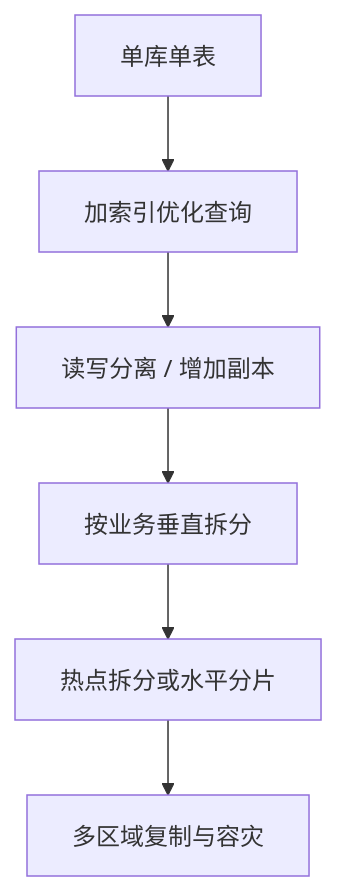
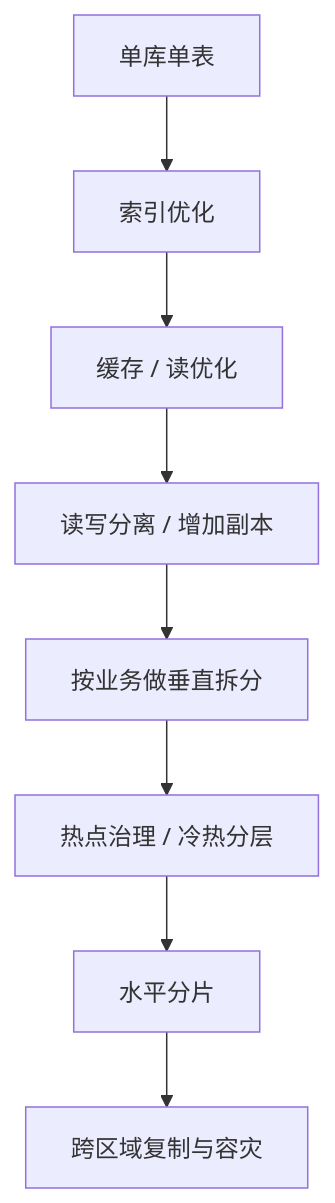
Before and after one commit to qxq1997/learning_stuff: the diagram in 系统设计/04_数据库、索引、分片与复制.md, drawn with Mermaid. The commit also changed other lines of this file and 20 other files, not shown here.

````diff
--- a/系统设计/04_数据库、索引、分片与复制.md
+++ b/系统设计/04_数据库、索引、分片与复制.md
@@ -28,8 +158,10 @@
 ```mermaid
 flowchart TD
-    A["单库单表"] --> B["加索引优化查询"]
-    B --> C["读写分离 / 增加副本"]
-    C --> D["按业务垂直拆分"]
-    D --> E["热点拆分或水平分片"]
-    E --> F["多区域复制与容灾"]
+    A["单库单表"] --> B["索引优化"]
+    B --> C["缓存 / 读优化"]
+    C --> D["读写分离 / 增加副本"]
+    D --> E["按业务做垂直拆分"]
+    E --> F["热点治理 / 冷热分层"]
+    F --> G["水平分片"]
+    G --> H["跨区域复制与容灾"]
 ```
````
